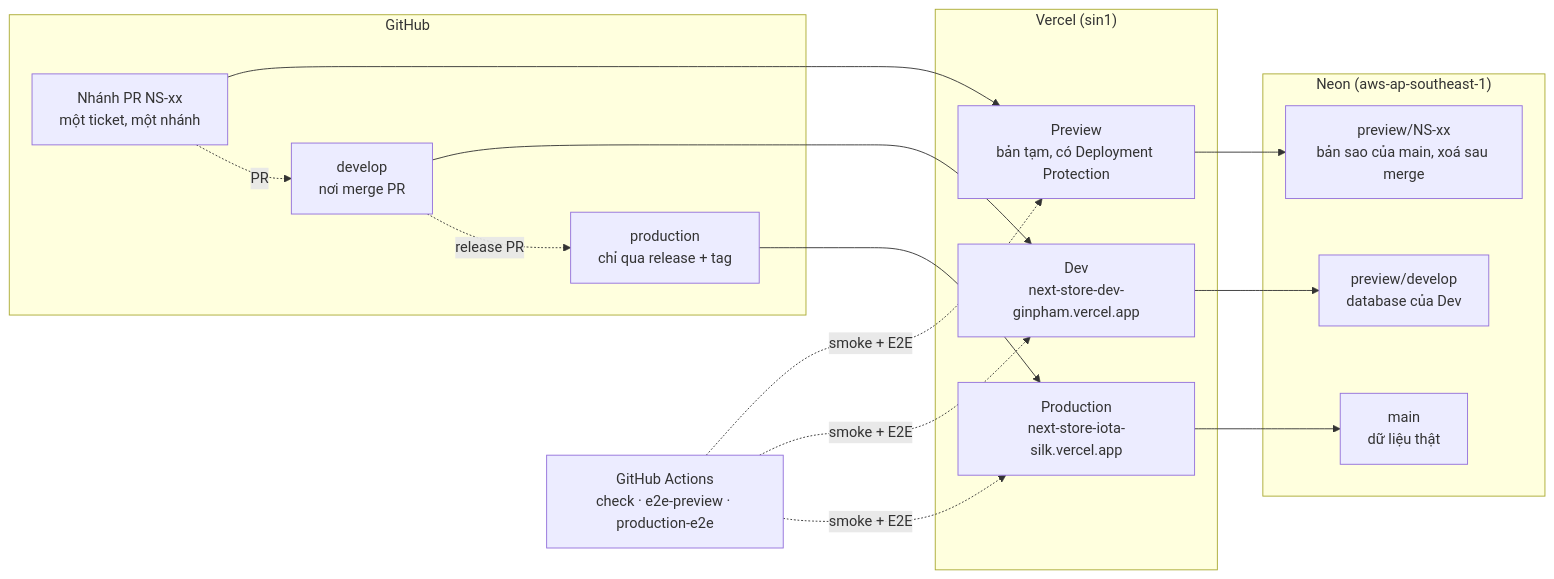
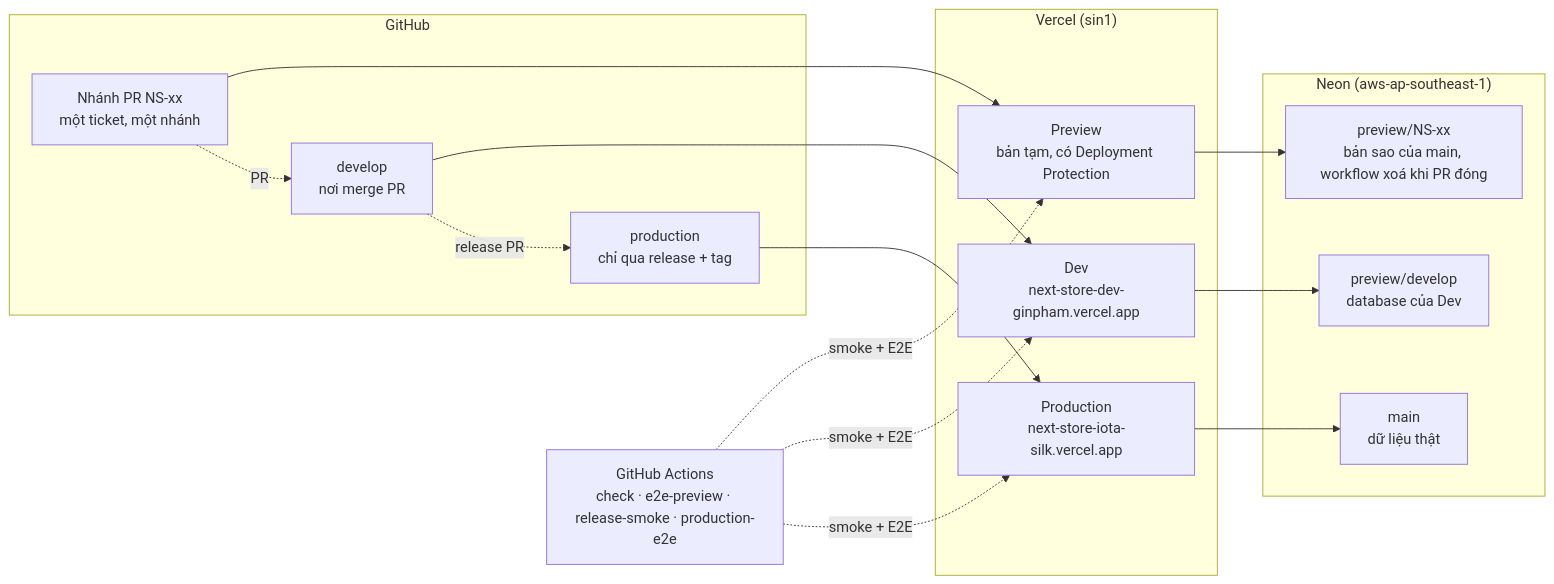
Before and after one commit to chinhpham208/next-store: the first of 2 diagrams in docs/overview.md, drawn with Mermaid. The commit also changed other lines of this file and 18 other files, not shown here.

First line of the commit message:
NS-111 cổng merge, dọn nhánh Neon tự động, smoke trên Dev trước release (#90)

````diff
--- a/docs/overview.md
+++ b/docs/overview.md
@@ -9,27 +9,27 @@
 ```mermaid
 flowchart LR
   subgraph GH["GitHub"]
     PRB["Nhánh PR NS-xx<br/>một ticket, một nhánh"]
     DEV["develop<br/>nơi merge PR"]
     PROD["production<br/>chỉ qua release + tag"]
   end
   subgraph VC["Vercel (sin1)"]
     VP["Preview<br/>bản tạm, có Deployment Protection"]
     VD["Dev<br/>next-store-dev-ginpham.vercel.app"]
     VPR["Production<br/>next-store-iota-silk.vercel.app"]
   end
   subgraph NE["Neon (aws-ap-southeast-1)"]
-    NP["preview/NS-xx<br/>bản sao của main, xoá sau merge"]
+    NP["preview/NS-xx<br/>bản sao của main, workflow xoá khi PR đóng"]
     ND["preview/develop<br/>database của Dev"]
     NM["main<br/>dữ liệu thật"]
   end
-  GA["GitHub Actions<br/>check · e2e-preview · production-e2e"]
+  GA["GitHub Actions<br/>check · e2e-preview · release-smoke · production-e2e"]
   PRB --> VP --> NP
   DEV --> VD --> ND
   PROD --> VPR --> NM
   PRB -. PR .-> DEV
   DEV -. release PR .-> PROD
   GA -. smoke + E2E .-> VP
   GA -. smoke + E2E .-> VD
   GA -. smoke + E2E .-> VPR
 ```
````
